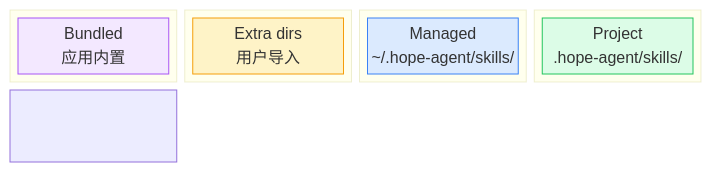
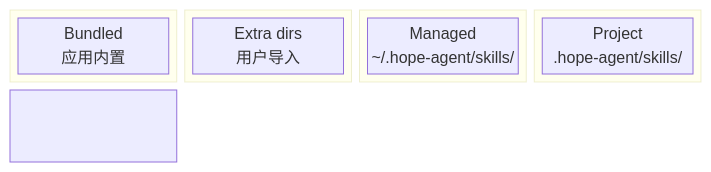
Before and after one commit to shiwenwen/hope-agent: the second of 18 diagrams in docs/architecture/skill-system.md, drawn with Mermaid. The commit also changed other lines of this file and 13 other files, not shown here.

First line of the commit message:
docs: 移除 mermaid 图表中的自定义背景色填充

````diff
--- a/docs/architecture/skill-system.md
+++ b/docs/architecture/skill-system.md
@@ -166,23 +166,19 @@
 ```mermaid
 block-beta
     columns 4
     block:lowest:1
         B["Bundled<br/>应用内置"]
     end
     block:low:1
         E["Extra dirs<br/>用户导入"]
     end
     block:mid:1
         M["Managed<br/>~/.hope-agent/skills/"]
     end
     block:high:1
         P["Project<br/>.hope-agent/skills/"]
     end
 
     lowest --> low --> mid --> high
 
-    style B fill:#f3e8ff,stroke:#a855f7
-    style E fill:#fef3c7,stroke:#f59e0b
-    style M fill:#dbeafe,stroke:#3b82f6
-    style P fill:#dcfce7,stroke:#22c55e
 ```
````
